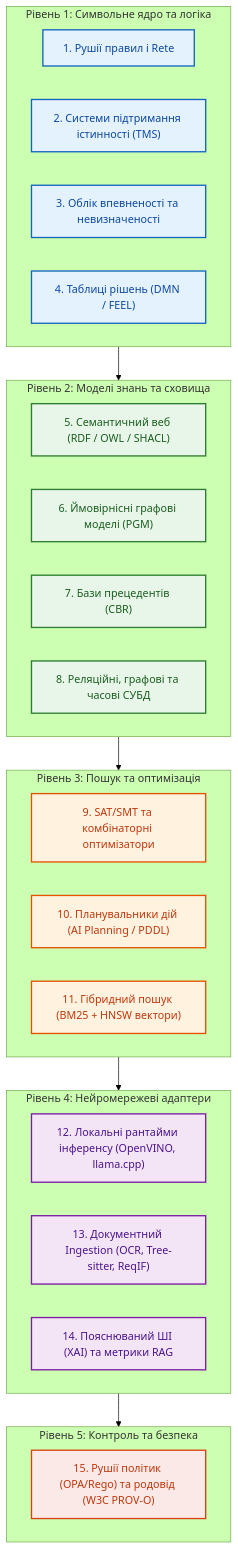
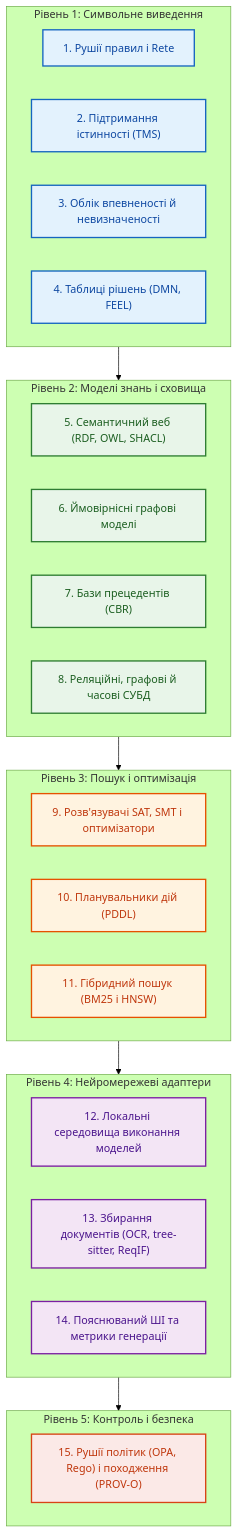
The third of 3 diagrams in ExpertSystem/ch17-implementation-stack.md (nick-fedchik/articles), drawn with Mermaid (forest theme) before and after one commit. The commit also changed other lines of this file, not shown here.

````diff
--- a/ExpertSystem/ch17-implementation-stack.md
+++ b/ExpertSystem/ch17-implementation-stack.md
@@ -200,52 +248,52 @@
 ```mermaid
 flowchart TD
-    accTitle: Карта 15 технологічних класів доказової експертної системи
-    accDescr: Класифікація компонентів за п'ятьма функціональними рівнями системи.
+    accTitle: Карта п'ятнадцяти класів технологій доказової експертної системи
+    accDescr: П'ятнадцять класів технологій, згрупованих за рівнями: символьне виведення, моделі знань і сховища, пошук і оптимізація, нейромережеві адаптери, контроль і безпека.
 
-    subgraph CoreLevel["Рівень 1: Символьне ядро та логіка"]
+    subgraph CoreLevel["Рівень 1: Символьне виведення"]
         C1["1. Рушії правил і Rete"]
-        C2["2. Системи підтримання істинності (TMS)"]
-        C3["3. Облік впевненості та невизначеності"]
-        C4["4. Таблиці рішень (DMN / FEEL)"]
+        C2["2. Підтримання істинності (TMS)"]
+        C3["3. Облік впевненості й невизначеності"]
+        C4["4. Таблиці рішень (DMN, FEEL)"]
     end
 
-    subgraph DataLevel["Рівень 2: Моделі знань та сховища"]
-        D1["5. Семантичний веб (RDF / OWL / SHACL)"]
-        D2["6. Ймовірнісні графові моделі (PGM)"]
+    subgraph DataLevel["Рівень 2: Моделі знань і сховища"]
+        D1["5. Семантичний веб (RDF, OWL, SHACL)"]
+        D2["6. Ймовірнісні графові моделі"]
         D3["7. Бази прецедентів (CBR)"]
-        D4["8. Реляційні, графові та часові СУБД"]
+        D4["8. Реляційні, графові й часові СУБД"]
     end
 
-    subgraph AlgLevel["Рівень 3: Пошук та оптимізація"]
-        A1["9. SAT/SMT та комбінаторні оптимізатори"]
-        A2["10. Планувальники дій (AI Planning / PDDL)"]
-        A3["11. Гібридний пошук (BM25 + HNSW вектори)"]
+    subgraph AlgLevel["Рівень 3: Пошук і оптимізація"]
+        A1["9. Розв'язувачі SAT, SMT і оптимізатори"]
+        A2["10. Планувальники дій (PDDL)"]
+        A3["11. Гібридний пошук (BM25 і HNSW)"]
     end
 
     subgraph MLLevel["Рівень 4: Нейромережеві адаптери"]
-        M1["12. Локальні рантайми інференсу (OpenVINO, llama.cpp)"]
-        M2["13. Документний Ingestion (OCR, Tree-sitter, ReqIF)"]
-        M3["14. Пояснюваний ШІ (XAI) та метрики RAG"]
+        M1["12. Локальні середовища виконання моделей"]
+        M2["13. Збирання документів (OCR, tree-sitter, ReqIF)"]
+        M3["14. Пояснюваний ШІ та метрики генерації"]
     end
 
-    subgraph GovLevel["Рівень 5: Контроль та безпека"]
-        G1["15. Рушії політик (OPA/Rego) та родовід (W3C PROV-O)"]
+    subgraph GovLevel["Рівень 5: Контроль і безпека"]
+        G1["15. Рушії політик (OPA, Rego) і походження (PROV-O)"]
     end
 
     CoreLevel --> DataLevel
     DataLevel --> AlgLevel
     AlgLevel --> MLLevel
     MLLevel --> GovLevel
 
     classDef clrCore fill:#e3f2fd,stroke:#1565c0,stroke-width:2px,color:#0d47a1;
     classDef clrData fill:#e8f5e9,stroke:#2e7d32,stroke-width:2px,color:#1b5e20;
     classDef clrAlg fill:#fff3e0,stroke:#e65100,stroke-width:2px,color:#bf360c;
     classDef clrML fill:#f3e5f5,stroke:#7b1fa2,stroke-width:2px,color:#4a148c;
     classDef clrGov fill:#fbe9e7,stroke:#d84315,stroke-width:2px,color:#bf360c;
 
     class C1,C2,C3,C4 clrCore;
     class D1,D2,D3,D4 clrData;
     class A1,A2,A3 clrAlg;
     class M1,M2,M3 clrML;
     class G1 clrGov;
 ```
````
